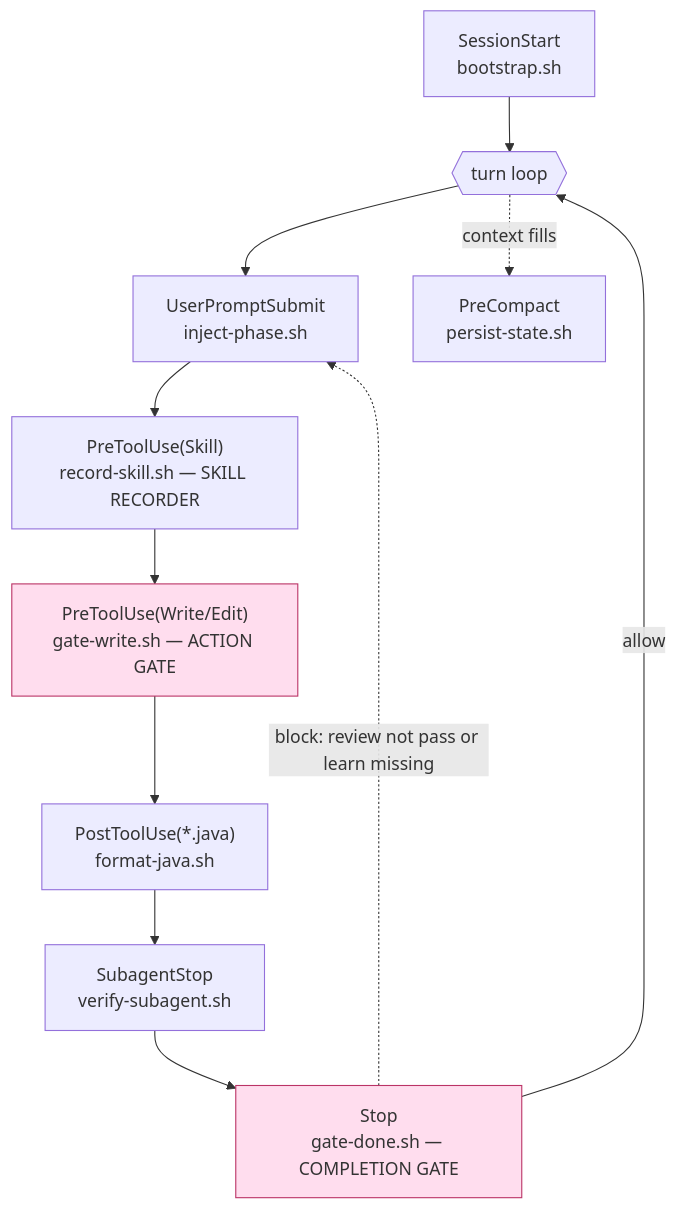
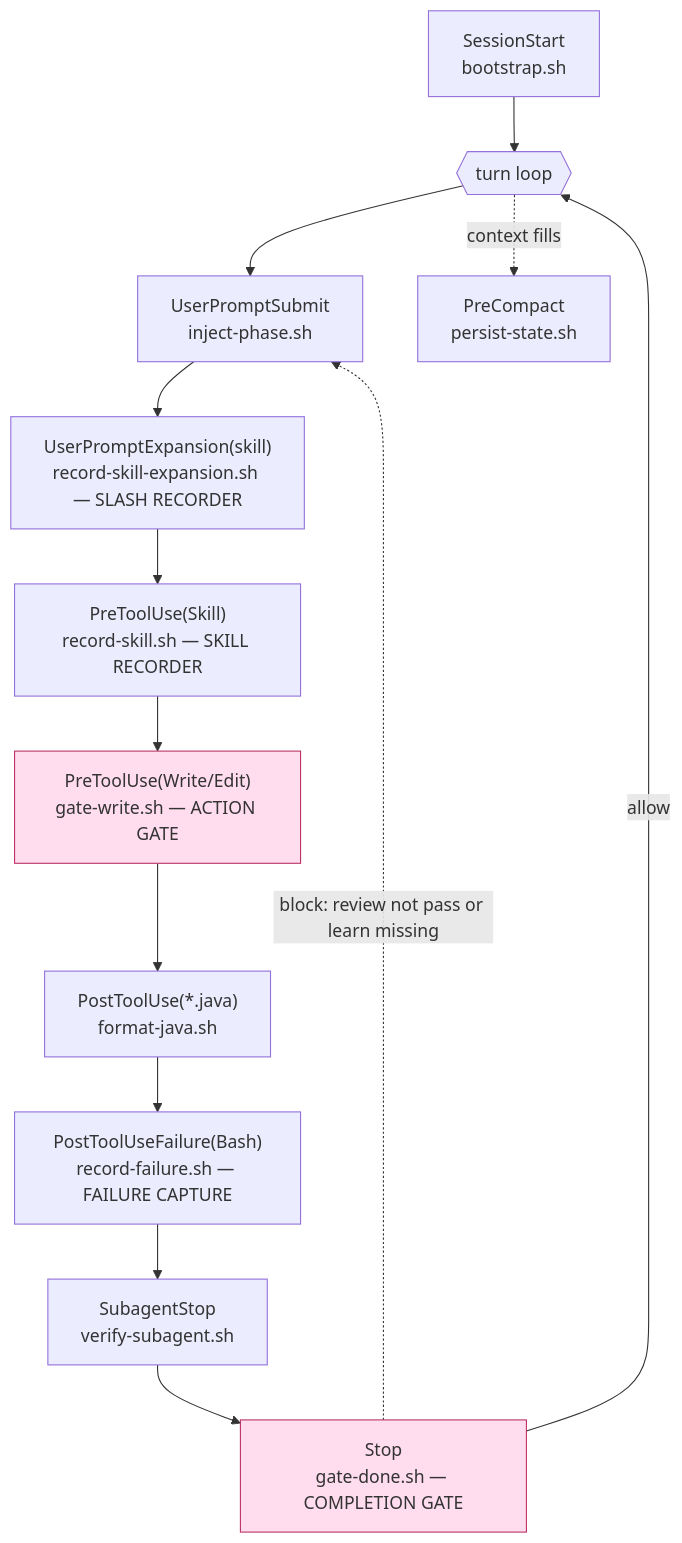
The diagram in .claude/docs/design/06-hooks.md (taipt1504/claudehut), drawn with Mermaid before and after one commit. The commit also changed other lines of this file and 26 other files, not shown here.

````diff
--- a/.claude/docs/design/06-hooks.md
+++ b/.claude/docs/design/06-hooks.md
@@ -45,15 +47,17 @@
 ```mermaid
 flowchart TB
     SS["SessionStart<br/>bootstrap.sh"] --> T0{{"turn loop"}}
     T0 --> UPS["UserPromptSubmit<br/>inject-phase.sh"]
-    UPS --> REC["PreToolUse(Skill)<br/>record-skill.sh — SKILL RECORDER"]
+    UPS --> UPE["UserPromptExpansion(skill)<br/>record-skill-expansion.sh — SLASH RECORDER"]
+    UPE --> REC["PreToolUse(Skill)<br/>record-skill.sh — SKILL RECORDER"]
     REC --> PRE["PreToolUse(Write/Edit)<br/>gate-write.sh — ACTION GATE"]
     PRE --> POST["PostToolUse(*.java)<br/>format-java.sh"]
-    POST --> SUB["SubagentStop<br/>verify-subagent.sh"]
+    POST --> PF["PostToolUseFailure(Bash)<br/>record-failure.sh — FAILURE CAPTURE"]
+    PF --> SUB["SubagentStop<br/>verify-subagent.sh"]
     SUB --> STOP["Stop<br/>gate-done.sh — COMPLETION GATE"]
     STOP -->|allow| T0
     STOP -.->|block: review not pass or learn missing| UPS
     T0 -.->|context fills| PC["PreCompact<br/>persist-state.sh"]
     classDef gate fill:#fde,stroke:#b36;
     class PRE,STOP gate;
 ```
````
